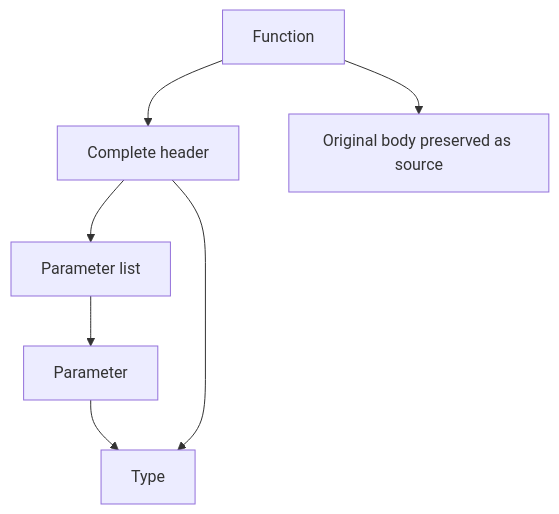
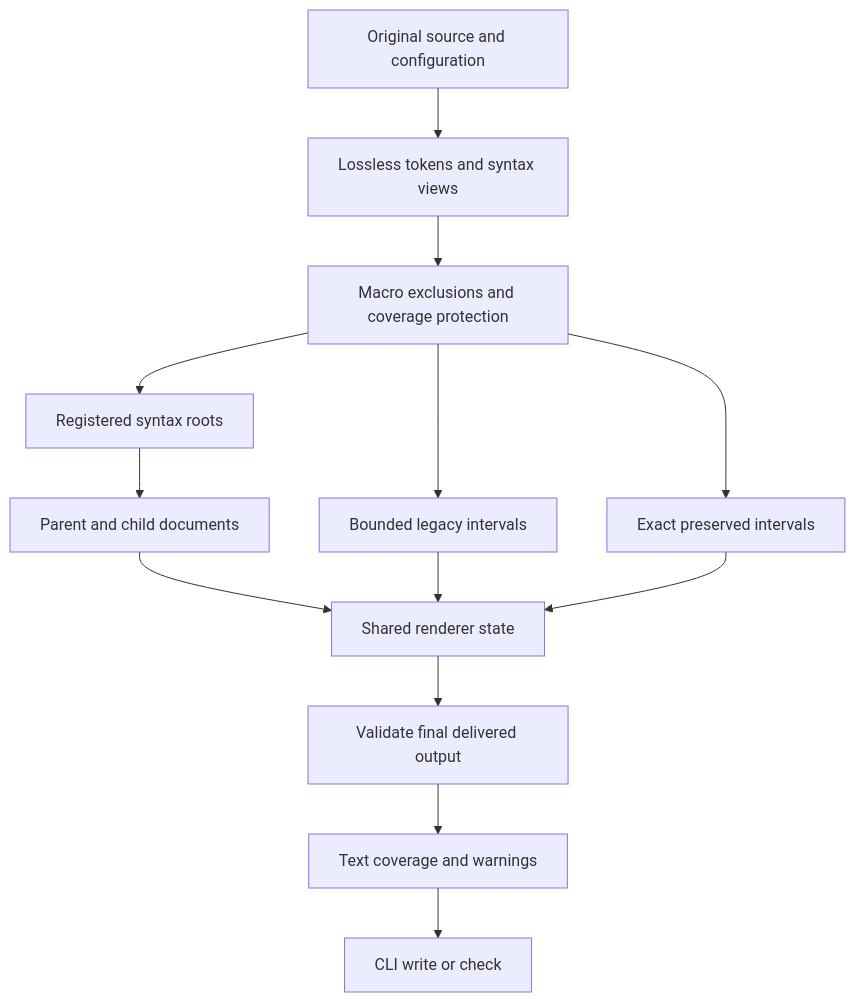
One commit to minzyfox/Vx changed the diagram in docs/tools/vx-format-source-architecture.md. Above: the diagram before and after it, drawn with Mermaid. The commit also changed other lines of this file and 24 other files, not shown here.

````diff
--- a/docs/tools/vx-format-source-architecture.md
+++ b/docs/tools/vx-format-source-architecture.md
@@ -38,9 +7,15 @@
 ```mermaid
 flowchart TD
-    F[Function] --> H[Complete header]
-    H --> P[Parameter list]
-    P --> A[Parameter]
-    A --> T[Type]
-    H --> T
-    F --> B[Original body preserved as source]
+    A[Original source and configuration] --> B[Lossless tokens and syntax views]
+    B --> C[Macro exclusions and coverage protection]
+    C --> D[Registered syntax roots]
+    D --> E[Parent and child documents]
+    C --> F[Bounded legacy intervals]
+    C --> G[Exact preserved intervals]
+    E --> H[Shared renderer state]
+    F --> H
+    G --> H
+    H --> I[Validate final delivered output]
+    I --> J[Text coverage and warnings]
+    J --> K[CLI write or check]
 ```
````
